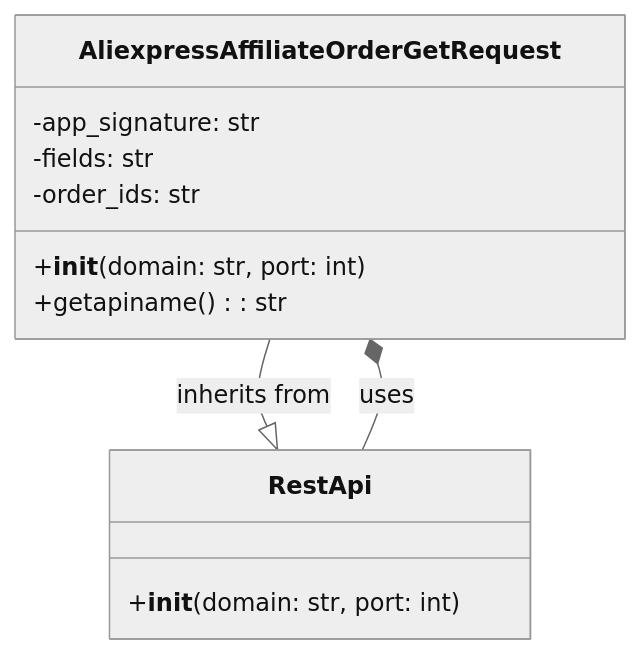
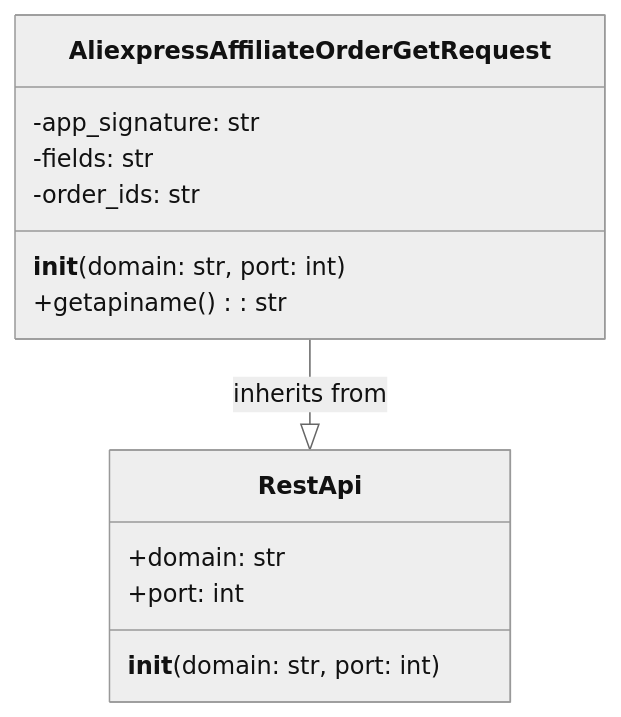
Before and after one commit to hypo69/hypo: the diagram in docs/gemini/ru/explainer/src/suppliers/aliexpress/api/_examples/rest/AliexpressAffiliateOrderGetRequest.py.md, drawn with Mermaid (neutral theme). The commit also changed other lines of this file and 223 other files, not shown here.

````diff
--- a/docs/gemini/ru/explainer/src/suppliers/aliexpress/api/_examples/rest/AliexpressAffiliateOrderGetRequest.py.md
+++ b/docs/gemini/ru/explainer/src/suppliers/aliexpress/api/_examples/rest/AliexpressAffiliateOrderGetRequest.py.md
@@ -27,18 +30,16 @@
 ```mermaid
 classDiagram
-    class AliexpressAffiliateOrderGetRequest{
+    class RestApi {
+        +domain: str
+        +port: int
+        __init__(domain: str, port: int)
+    }
+    class AliexpressAffiliateOrderGetRequest {
         -app_signature: str
         -fields: str
         -order_ids: str
-        +__init__(domain: str, port: int)
+        __init__(domain: str, port: int)
         +getapiname(): str
     }
-    class RestApi{
-        +__init__(domain: str, port: int)
-    }
     AliexpressAffiliateOrderGetRequest --|> RestApi : inherits from
-
-    AliexpressAffiliateOrderGetRequest *--  RestApi : uses
-
-    
 ```
````
